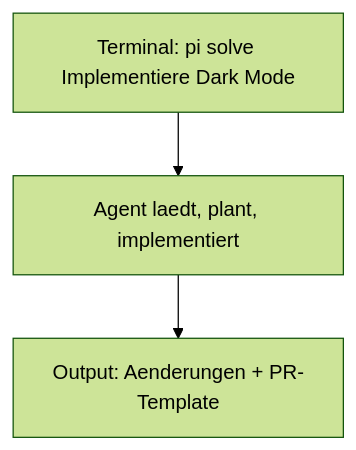
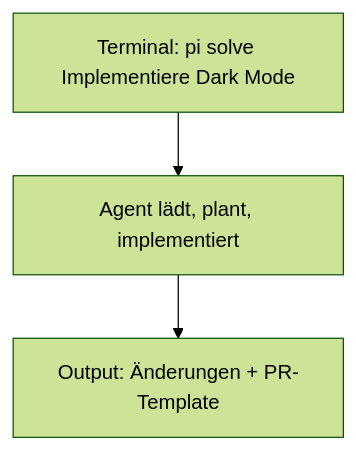
One commit to soenkelange/ai-lab-3-agentic-programming changed the third of 5 diagrams in 03-coding-agents-landscape/selection-matrix.md. Above: the diagram before and after it, drawn with Mermaid (forest theme). The commit also changed other lines of this file and 31 other files, not shown here.

````diff
--- a/03-coding-agents-landscape/selection-matrix.md
+++ b/03-coding-agents-landscape/selection-matrix.md
@@ -184,5 +184,5 @@
 ```mermaid
 flowchart TD
-    A[Terminal: pi solve Implementiere Dark Mode] --> B[Agent laedt, plant, implementiert]
-    B --> C[Output: Aenderungen + PR-Template]
+    A[Terminal: pi solve Implementiere Dark Mode] --> B[Agent lädt, plant, implementiert]
+    B --> C[Output: Änderungen + PR-Template]
 ```
````
